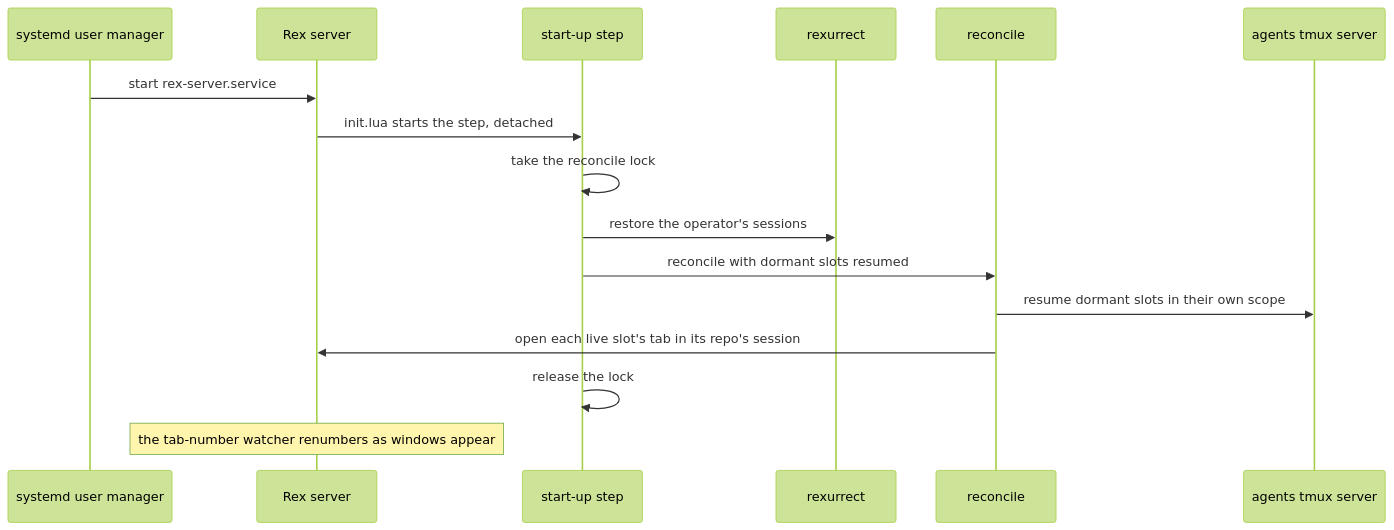
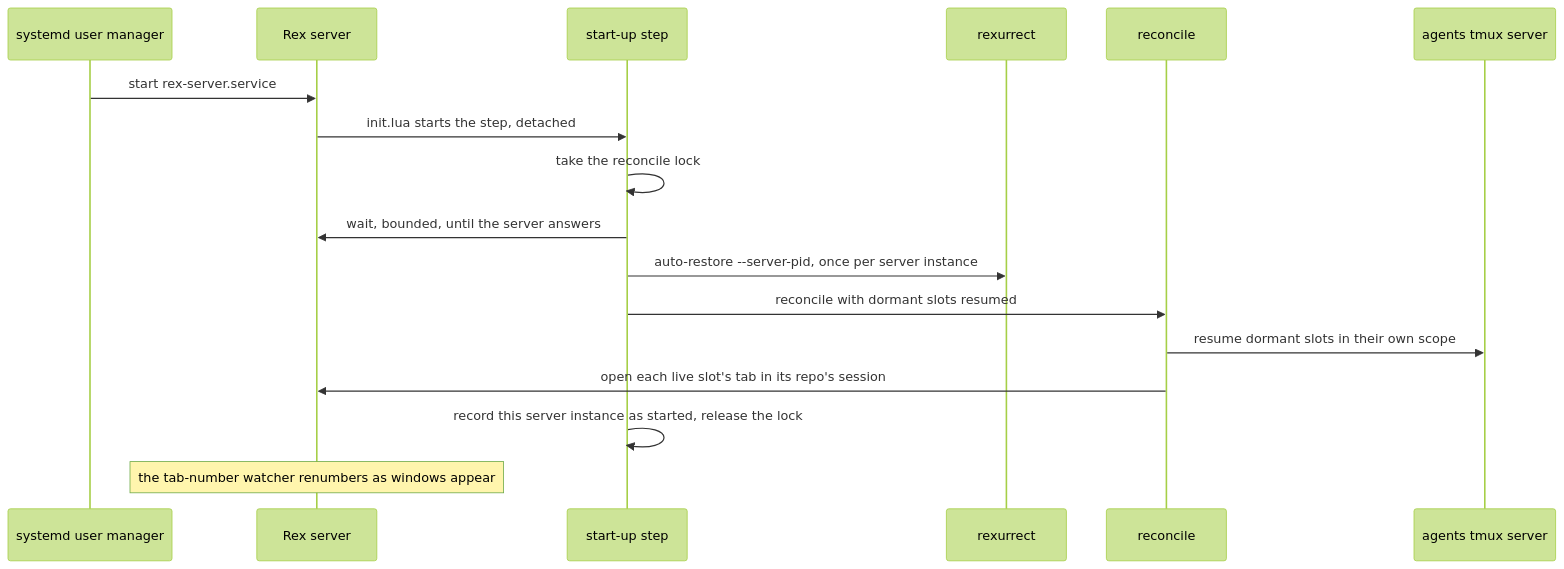
The third of 4 diagrams in docs/plans/2026-10-29-2303-feat-rex-agent-slots-on-linux-server-plan.md (brettdavies/dotfiles), drawn with Mermaid (forest theme) before and after one commit. The commit also changed other lines of this file, not shown here.

````diff
--- a/docs/plans/2026-10-29-2303-feat-rex-agent-slots-on-linux-server-plan.md
+++ b/docs/plans/2026-10-29-2303-feat-rex-agent-slots-on-linux-server-plan.md
@@ -407,18 +415,19 @@
 ```mermaid
 sequenceDiagram
   participant SD as systemd user manager
   participant RS as Rex server
   participant ST as start-up step
   participant RX as rexurrect
   participant RC as reconcile
   participant TM as agents tmux server
   SD->>RS: start rex-server.service
   RS->>ST: init.lua starts the step, detached
   ST->>ST: take the reconcile lock
-  ST->>RX: restore the operator's sessions
+  ST->>RS: wait, bounded, until the server answers
+  ST->>RX: auto-restore --server-pid, once per server instance
   ST->>RC: reconcile with dormant slots resumed
   RC->>TM: resume dormant slots in their own scope
   RC->>RS: open each live slot's tab in its repo's session
-  ST->>ST: release the lock
+  ST->>ST: record this server instance as started, release the lock
   Note over RS: the tab-number watcher renumbers as windows appear
 ```
````
